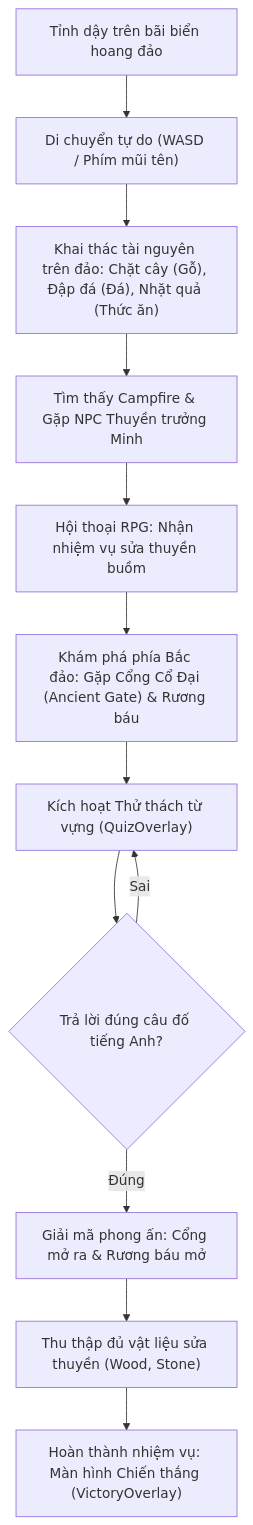
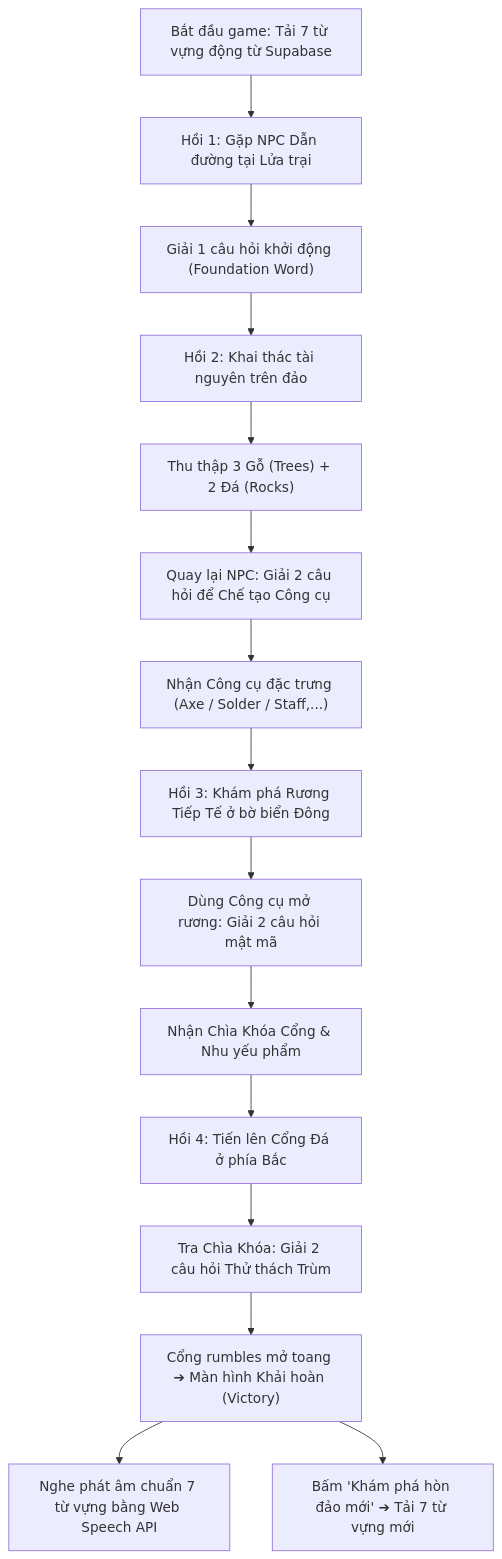
The diagram in src/app/game/word-island/README.md (quyng24/lingo_hub), drawn with Mermaid before and after one commit. The commit also changed other lines of this file and 9 other files, not shown here.

Commit message:
feat: finalize the game Word Island

````diff
--- a/src/app/game/word-island/README.md
+++ b/src/app/game/word-island/README.md
@@ -17,14 +40,17 @@
 ```mermaid
 flowchart TD
-    A["Tỉnh dậy trên bãi biển hoang đảo"] --> B["Di chuyển tự do (WASD / Phím mũi tên)"]
-    B --> C["Khai thác tài nguyên trên đảo: Chặt cây (Gỗ), Đập đá (Đá), Nhặt quả (Thức ăn)"]
-    C --> D["Tìm thấy Campfire & Gặp NPC Thuyền trưởng Minh"]
-    D --> E["Hội thoại RPG: Nhận nhiệm vụ sửa thuyền buồm"]
-    E --> F["Khám phá phía Bắc đảo: Gặp Cổng Cổ Đại (Ancient Gate) & Rương báu"]
-    F --> G["Kích hoạt Thử thách từ vựng (QuizOverlay)"]
-    G --> H{"Trả lời đúng câu đố tiếng Anh?"}
-    H -- Đúng --> I["Giải mã phong ấn: Cổng mở ra & Rương báu mở"]
-    H -- Sai --> G
-    I --> J["Thu thập đủ vật liệu sửa thuyền (Wood, Stone)"]
-    J --> K["Hoàn thành nhiệm vụ: Màn hình Chiến thắng (VictoryOverlay)"]
+    Start["Bắt đầu game: Tải 7 từ vựng động từ Supabase"] --> Act1["Hồi 1: Gặp NPC Dẫn đường tại Lửa trại"]
+    Act1 --> Q1["Giải 1 câu hỏi khởi động (Foundation Word)"]
+    Q1 --> Act2["Hồi 2: Khai thác tài nguyên trên đảo"]
+    Act2 --> Res["Thu thập 3 Gỗ (Trees) + 2 Đá (Rocks)"]
+    Res --> Q2["Quay lại NPC: Giải 2 câu hỏi để Chế tạo Công cụ"]
+    Q2 --> Tool["Nhận Công cụ đặc trưng (Axe / Solder / Staff,...)"]
+    Tool --> Act3["Hồi 3: Khám phá Rương Tiếp Tế ở bờ biển Đông"]
+    Act3 --> Q3["Dùng Công cụ mở rương: Giải 2 câu hỏi mật mã"]
+    Q3 --> Key["Nhận Chìa Khóa Cổng & Nhu yếu phẩm"]
+    Key --> Act4["Hồi 4: Tiến lên Cổng Đá ở phía Bắc"]
+    Act4 --> Q4["Tra Chìa Khóa: Giải 2 câu hỏi Thử thách Trùm"]
+    Q4 --> Victory["Cổng rumbles mở toang ➔ Màn hình Khải hoàn (Victory)"]
+    Victory --> Audio["Nghe phát âm chuẩn 7 từ vựng bằng Web Speech API"]
+    Victory --> Replay["Bấm 'Khám phá hòn đảo mới' ➔ Tải 7 từ vựng mới"]
 ```
````
